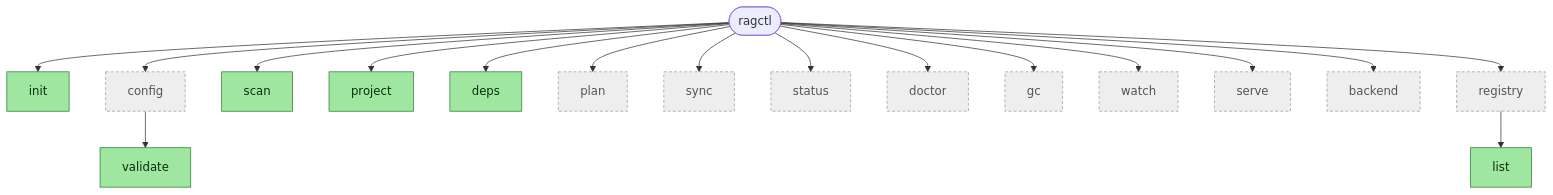
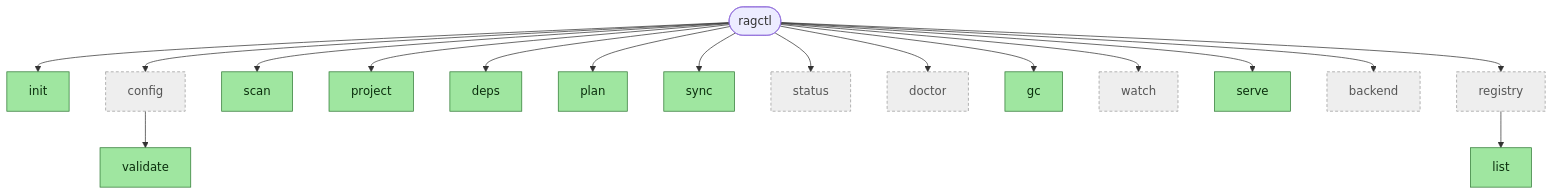
One commit to aleutian-ai/depctl changed the first of 9 diagrams in docs/architecture.md. Above: the diagram before and after it, drawn with Mermaid. The commit also changed other lines of this file and 72 other files, not shown here.

````diff
--- a/docs/architecture.md
+++ b/docs/architecture.md
@@ -69,26 +70,26 @@
 ```mermaid
 graph TD
     root(["ragctl"])
     root --> init["init"]
     root --> configCmd["config"]
     configCmd --> validate["validate"]
     root --> scan["scan"]
     root --> project["project"]
     root --> deps["deps"]
     root --> plan["plan"]
     root --> sync["sync"]
     root --> status["status"]
     root --> doctor["doctor"]
     root --> gc["gc"]
     root --> watch["watch"]
     root --> serve["serve"]
     root --> backend["backend"]
     root --> registryCmd["registry"]
     registryCmd --> registryList["list"]
 
     classDef implemented fill:#9fe6a0,stroke:#2f7a34,color:#0a2e0c;
     classDef stub fill:#eee,stroke:#999,color:#555,stroke-dasharray: 4 3;
 
-    class init,validate,scan,project,deps,registryList implemented
-    class configCmd,plan,sync,status,doctor,gc,watch,serve,backend,registryCmd stub
+    class init,validate,scan,project,deps,plan,sync,gc,serve,registryList implemented
+    class configCmd,status,doctor,watch,backend,registryCmd stub
 ```
````
